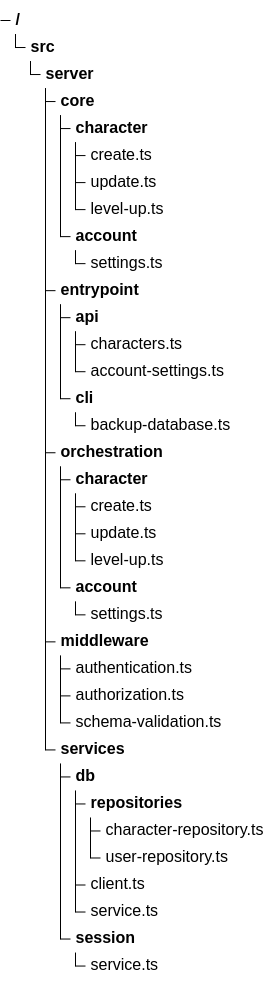
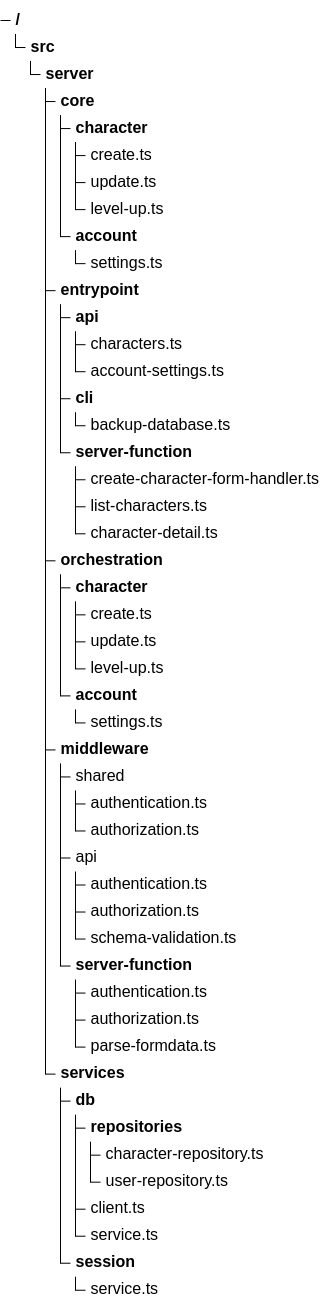
The third of 3 diagrams in docs/architecture/rearchitecture-proposal.md (Antonyacosta78/dnd-character-manager), drawn with Mermaid before and after one commit. The commit also changed other lines of this file, not shown here.

Commit message:
docs(architecture): Rearchitecture proposal final draft

````diff
--- a/docs/architecture/rearchitecture-proposal.md
+++ b/docs/architecture/rearchitecture-proposal.md
@@ -570,38 +708,51 @@
 ```mermaid
 treeView-beta
     "src/"
         "server/"
             "core/"
                 "character/"
                     "create.ts"
                     "update.ts"
                     "level-up.ts"
                 "account/"
                     "settings.ts"
             "entrypoint/"
                 "api/"
                     "characters.ts"
                     "account-settings.ts"
                 "cli/"
                     "backup-database.ts"
+                "server-function/"
+                    "create-character-form-handler.ts"
+                    "list-characters.ts"
+                    "character-detail.ts"
             "orchestration/"
                 "character/"
                     "create.ts"
                     "update.ts"
                     "level-up.ts"
                 "account/"
                     "settings.ts"
             "middleware/"
-                "authentication.ts"
-                "authorization.ts"
-                "schema-validation.ts"
+                "shared"
+                    "authentication.ts"
+                    "authorization.ts"
+                "api"
+                    "authentication.ts"
+                    "authorization.ts"
+                    "schema-validation.ts"
+                "server-function/"
+                    "authentication.ts"
+                    "authorization.ts"
+                    "parse-formdata.ts"
+                    
             "services/"
                 "db/"
                     "repositories/"
                         "character-repository.ts"
                         "user-repository.ts"
                     "client.ts"
                     "service.ts"
                 "session/"
                     "service.ts"
 ```
````
